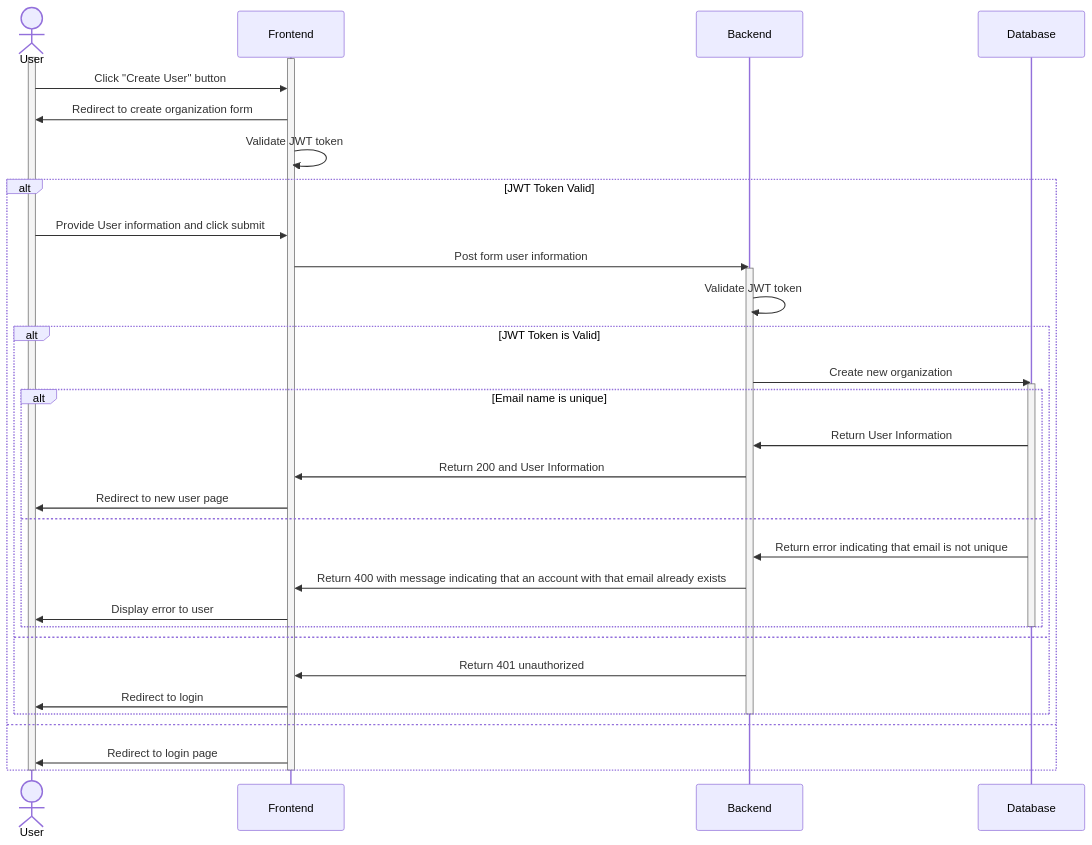
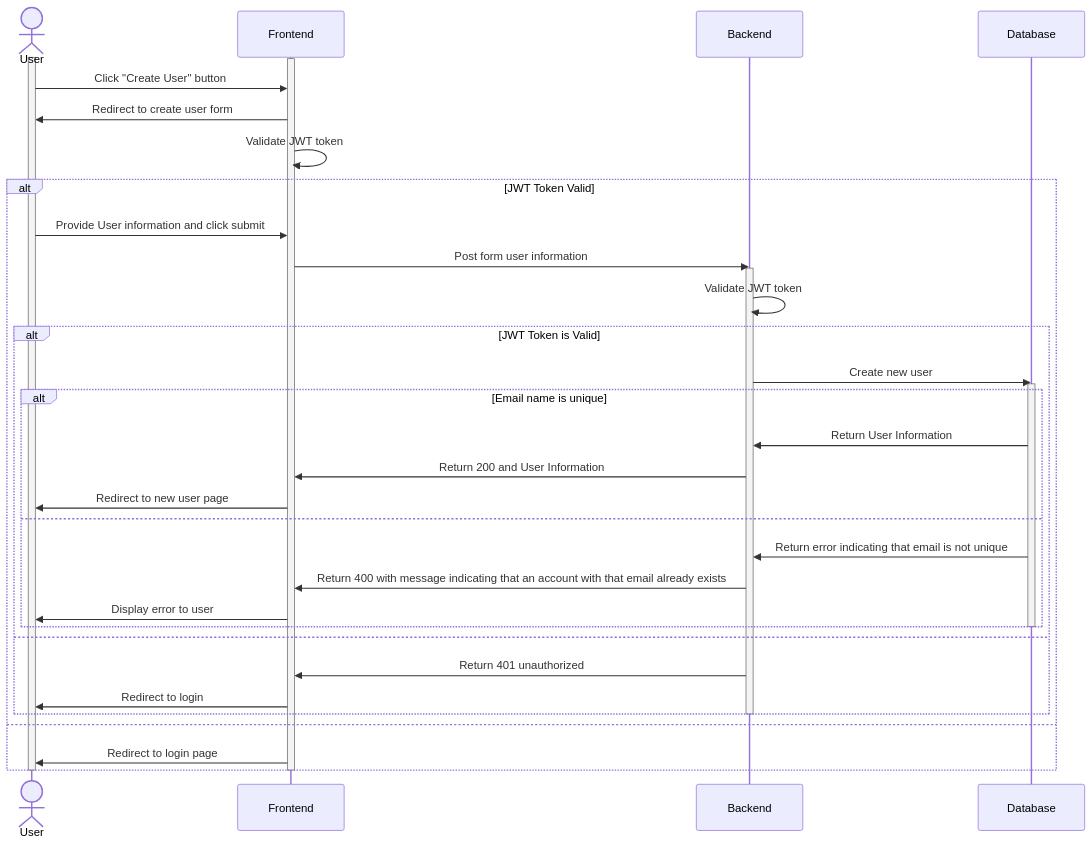
One commit to UCSD-E4E/fishsense-webapp changed the third of 3 diagrams in README.md. Above: the diagram before and after it, drawn with Mermaid.

````diff
--- a/README.md
+++ b/README.md
@@ -114,55 +114,55 @@
 ```mermaid
 sequenceDiagram
     actor User
 
     activate User
     activate Frontend
 
     User ->> Frontend: Click "Create User" button
-    Frontend ->> User: Redirect to create organization form
+    Frontend ->> User: Redirect to create user form
     Frontend ->> Frontend: Validate JWT token
     alt JWT Token Valid
     User ->> Frontend: Provide User information and click submit
     Frontend ->> Backend: Post form user information
     activate Backend
 
     Backend ->> Backend: Validate JWT token
     
     alt JWT Token is Valid
 
-    Backend ->> Database: Create new organization
+    Backend ->> Database: Create new user
     activate Database
 
     alt Email name is unique
 
     Database ->> Backend: Return User Information
     Backend ->> Frontend: Return 200 and User Information
     Frontend ->> User: Redirect to new user page
 
     else
 
     Database->> Backend: Return error indicating that email is not unique
     Backend ->> Frontend: Return 400 with message indicating that an account with that email already exists
     Frontend ->> User: Display error to user
 
     end
 
     deactivate Database
 
     else
     
     Backend ->> Frontend: Return 401 unauthorized
     Frontend ->> User: Redirect to login
 
     end
 
     deactivate Backend
     else
 
     Frontend ->> User: Redirect to login page
 
     end
 
     deactivate Frontend
     deactivate User
 ```
````
